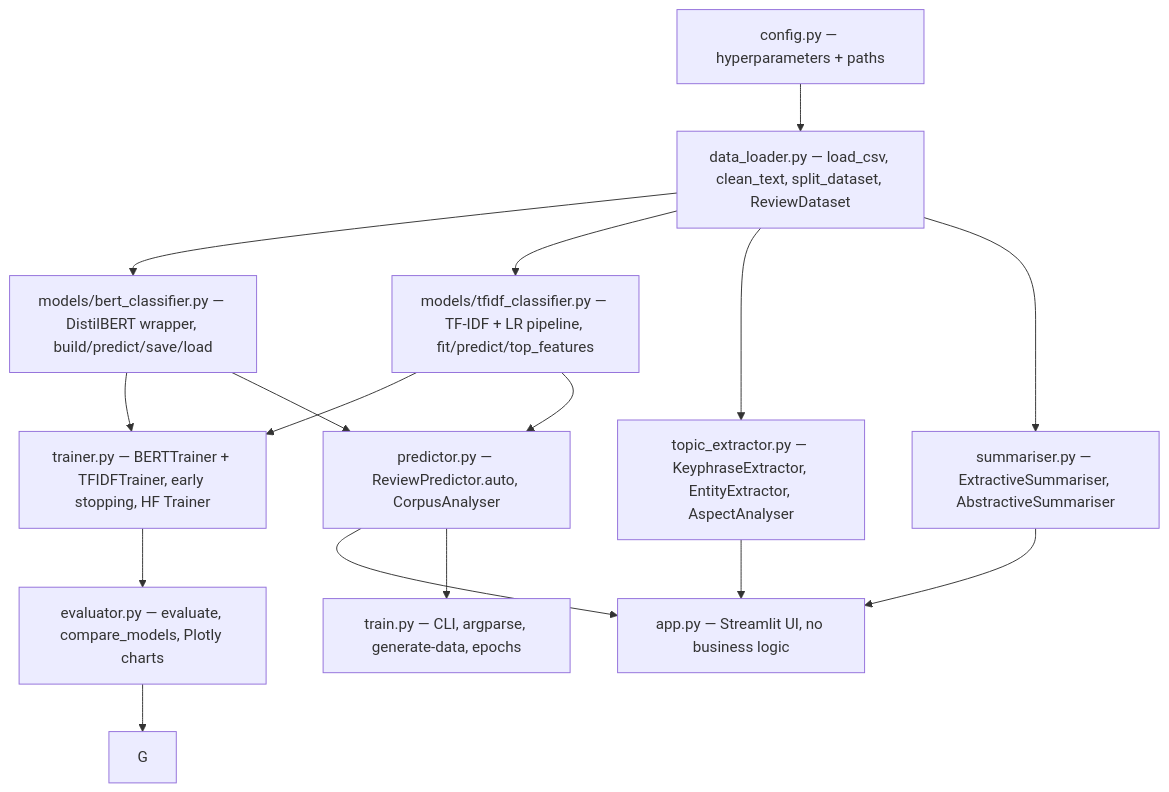
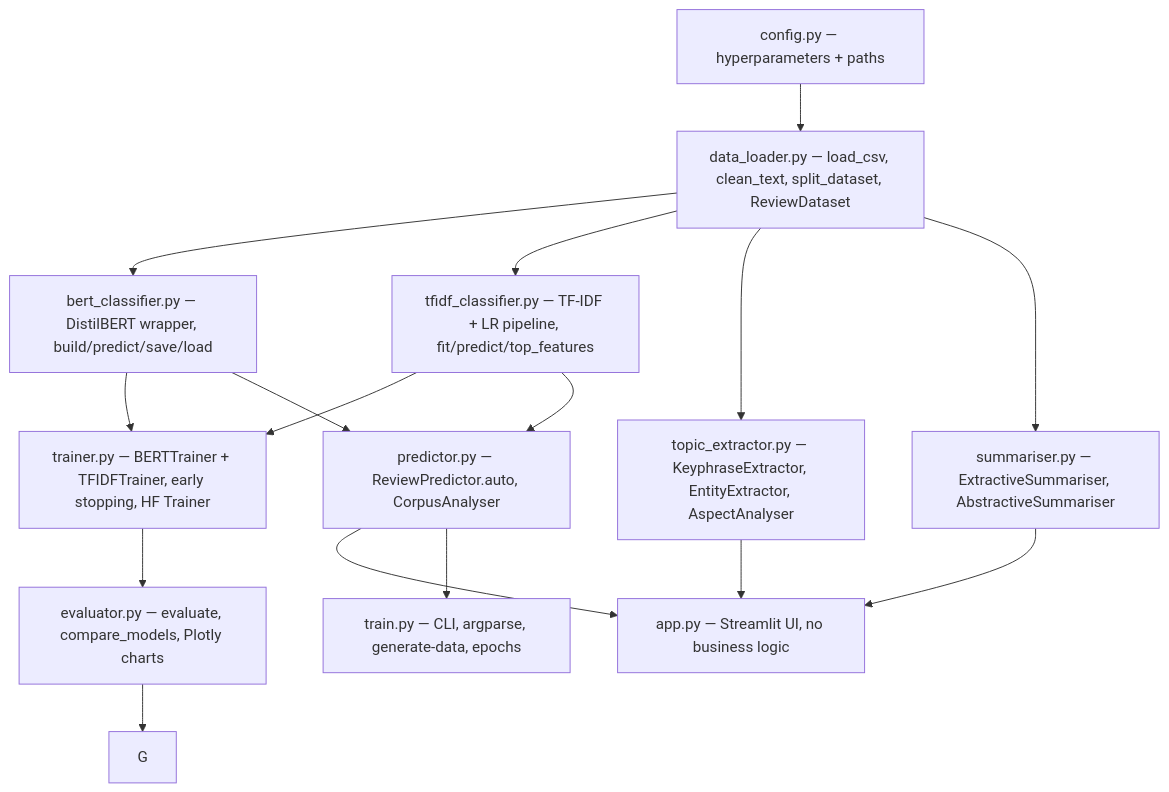
Before and after one commit to adamhakeem17/nlp_review_intelligence: the diagram in README.md, drawn with Mermaid. The commit also changed other lines of this file and 10 other files, not shown here.

Commit message:
Cleaned up pipeline, fixed README.md, created folder to test models.

````diff
--- a/README.md
+++ b/README.md
@@ -73,14 +73,14 @@
 ```mermaid
 flowchart TD
     A[config.py — hyperparameters + paths] --> B
     B[data_loader.py — load_csv, clean_text, split_dataset, ReviewDataset] --> C & D
-    C[models/bert_classifier.py — DistilBERT wrapper, build/predict/save/load] --> E
-    D[models/tfidf_classifier.py — TF-IDF + LR pipeline, fit/predict/top_features] --> E
+    C[bert_classifier.py — DistilBERT wrapper, build/predict/save/load] --> E
+    D[tfidf_classifier.py — TF-IDF + LR pipeline, fit/predict/top_features] --> E
     E[trainer.py — BERTTrainer + TFIDFTrainer, early stopping, HF Trainer] --> F
     F[evaluator.py — evaluate, compare_models, Plotly charts] --> G
     B --> H[topic_extractor.py — KeyphraseExtractor, EntityExtractor, AspectAnalyser]
     B --> I[summariser.py — ExtractiveSummariser, AbstractiveSummariser]
     C & D --> J[predictor.py — ReviewPredictor.auto, CorpusAnalyser]
     H & I & J --> K[app.py — Streamlit UI, no business logic]
     J --> L[train.py — CLI, argparse, generate-data, epochs]
 ```
````
